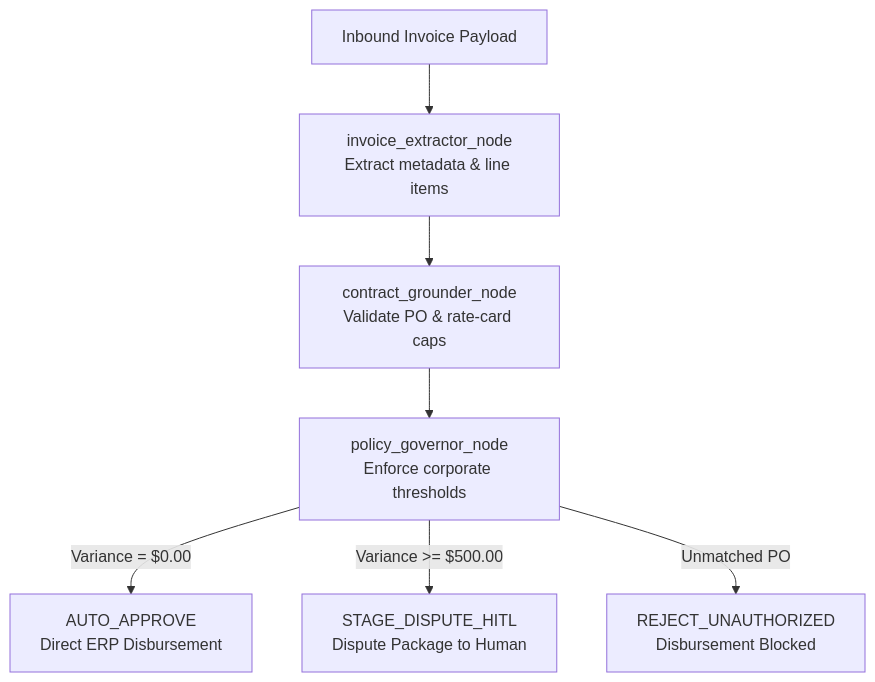
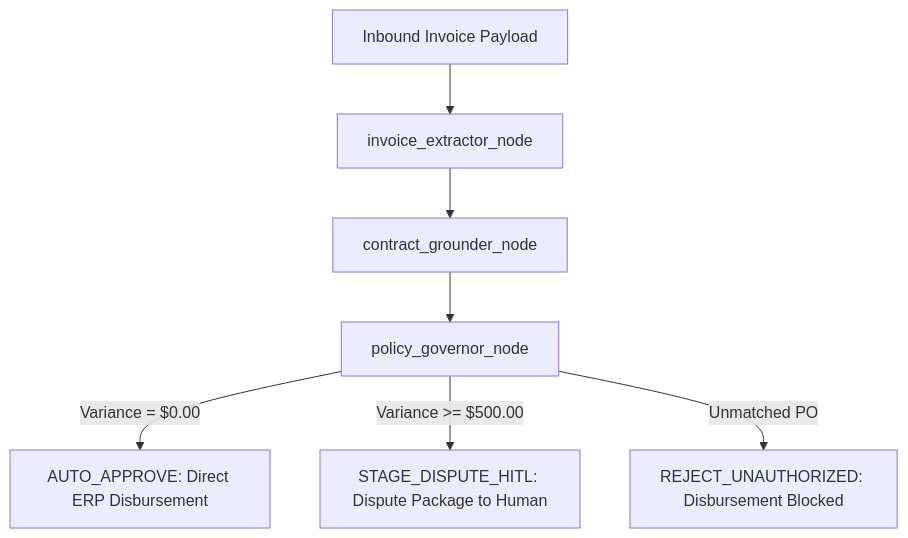
The diagram in Readme.md (roshini-t-24/vendorguard-ai), drawn with Mermaid before and after one commit. The commit also changed other lines of this file, not shown here.

Commit message:
docs: update README with rendered diagrams and tables

````diff
--- a/Readme.md
+++ b/Readme.md
@@ -22,10 +22,10 @@
 ```mermaid
 flowchart TD
-    A[Inbound Invoice Payload] --> B[invoice_extractor_node<br/>Extract metadata & line items]
-    B --> C[contract_grounder_node<br/>Validate PO & rate-card caps]
-    C --> D[policy_governor_node<br/>Enforce corporate thresholds]
+    A[Inbound Invoice Payload] --> B[invoice_extractor_node]
+    B --> C[contract_grounder_node]
+    C --> D[policy_governor_node]
     
-    D -->|Variance = $0.00| E[AUTO_APPROVE<br/>Direct ERP Disbursement]
-    D -->|Variance >= $500.00| F[STAGE_DISPUTE_HITL<br/>Dispute Package to Human]
-    D -->|Unmatched PO| G[REJECT_UNAUTHORIZED<br/>Disbursement Blocked]
+    D -->|Variance = $0.00| E[AUTO_APPROVE: Direct ERP Disbursement]
+    D -->|Variance >= $500.00| F[STAGE_DISPUTE_HITL: Dispute Package to Human]
+    D -->|Unmatched PO| G[REJECT_UNAUTHORIZED: Disbursement Blocked]
 ```
````
